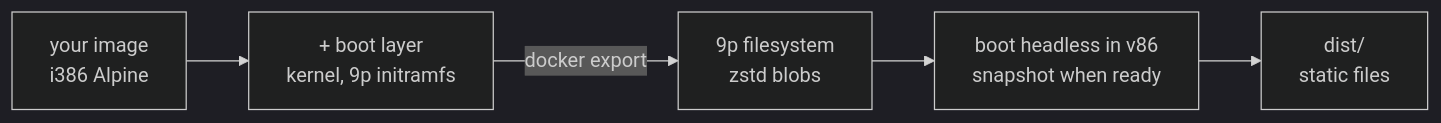
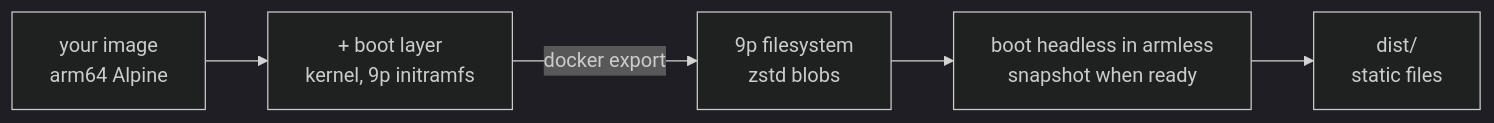
Before and after one commit to filipecabaco/iex_wasm: the diagram in README.md, drawn with Mermaid (dark theme). The commit also changed other lines of this file and 18 other files, not shown here.

First line of the commit message:
Examples on arm64, docs for armless, and a /preview/ deploy from this branch

````diff
--- a/README.md
+++ b/README.md
@@ -201,7 +215,7 @@
 ```mermaid
 flowchart LR
-    I[your image<br/>i386 Alpine] --> B[+ boot layer<br/>kernel, 9p initramfs]
+    I[your image<br/>arm64 Alpine] --> B[+ boot layer<br/>kernel, 9p initramfs]
     B -->|docker export| C[9p filesystem<br/>zstd blobs]
-    C --> S[boot headless in v86<br/>snapshot when ready]
+    C --> S[boot headless in armless<br/>snapshot when ready]
     S --> D[dist/<br/>static files]
 ```
````
